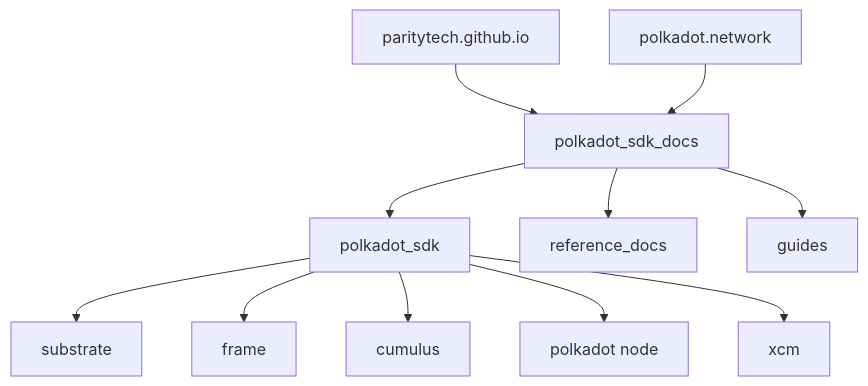
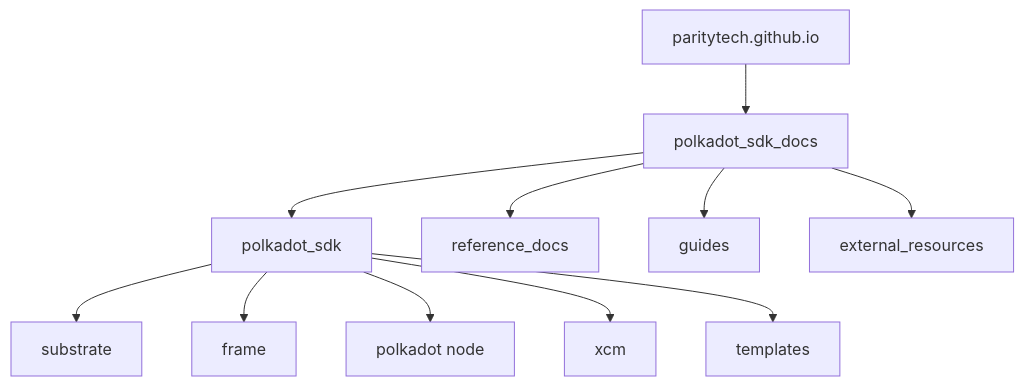
One commit to paritytech/polkadot-sdk changed the diagram in docs/mermaid/IA.mmd. Above: the diagram before and after it, drawn with Mermaid. The commit also changed 5 other files, not shown here.

Commit message:
include more external links and resources in

```diff
--- a/docs/mermaid/IA.mmd
+++ b/docs/mermaid/IA.mmd
@@ -1,13 +1,13 @@
 flowchart
     parity[paritytech.github.io] --> devhub[polkadot_sdk_docs]
-	polkadot_network[polkadot.network] --> devhub[polkadot_sdk_docs]
 
     devhub --> polkadot_sdk
     devhub --> reference_docs
     devhub --> guides
+	devhub --> external_resources
 
     polkadot_sdk --> substrate
     polkadot_sdk --> frame
-    polkadot_sdk --> cumulus
     polkadot_sdk --> polkadot[polkadot node]
     polkadot_sdk --> xcm
+	polkadot_sdk --> templates
```
